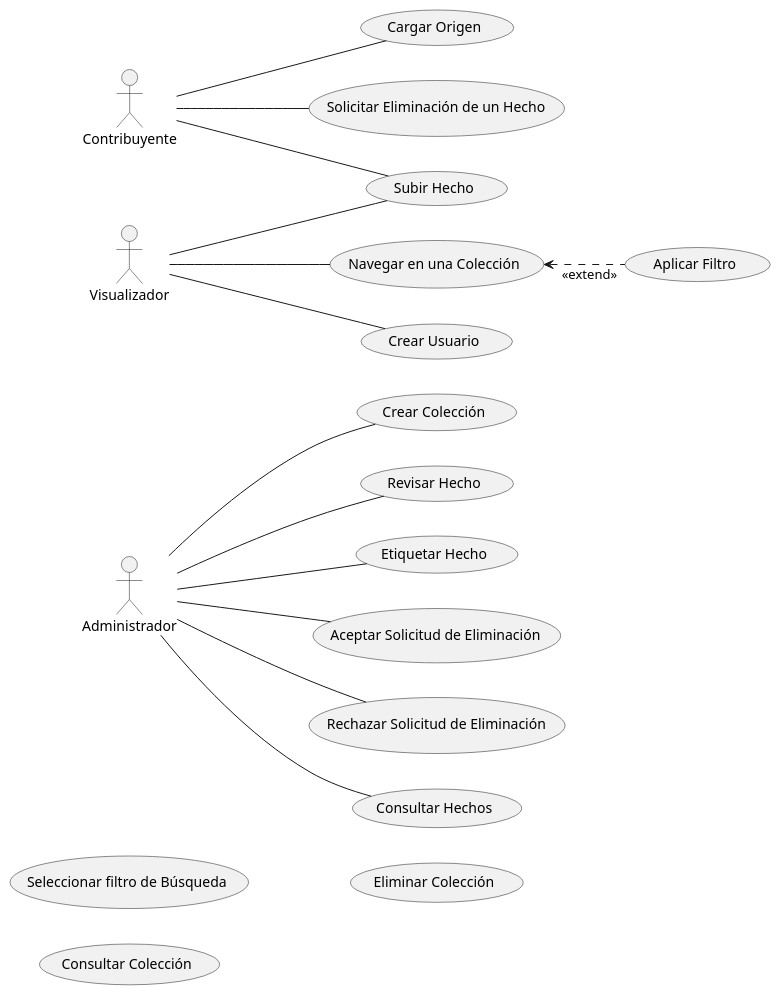
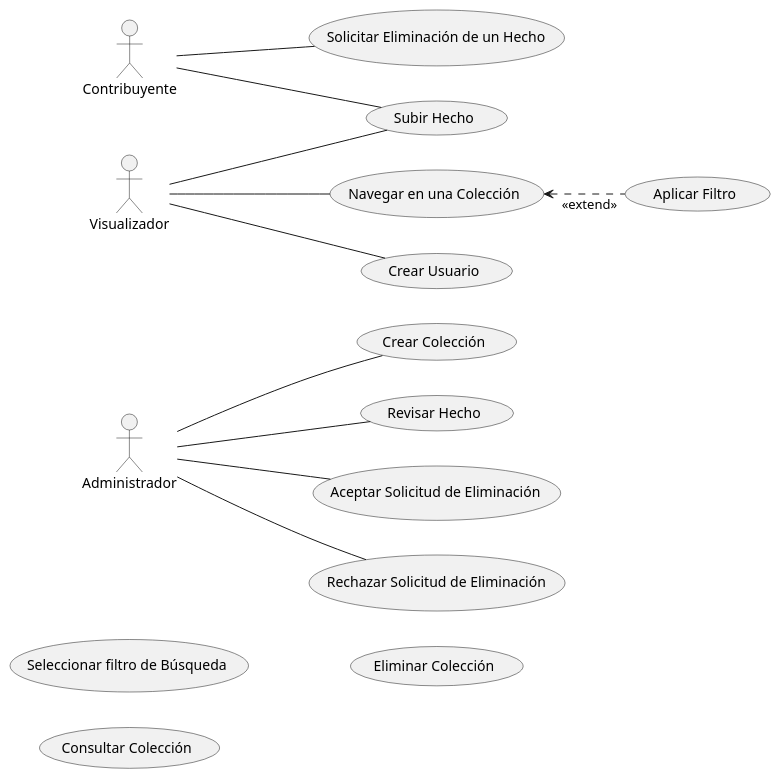
The diagram in entregables/entrega-1/CasosDeUso.puml (valenap-utn/metamapa-utn-2025), drawn with PlantUML before and after one commit. The commit also changed 15 other files, not shown here.

```diff
--- a/entregables/entrega-1/CasosDeUso.puml
+++ b/entregables/entrega-1/CasosDeUso.puml
@@ -1,62 +1,62 @@
 @startuml
 'https://plantuml.com/use-case-diagram
 
 Administrador as Admin
 Contribuyente as Contrib
 Visualizador as Visual
 
 left to right direction
 :Admin: -- (Crear Colección)
 :Admin: -- (Revisar Hecho)
-:Admin: -- (Etiquetar Hecho)
+':Admin: -- (Etiquetar Hecho)
 :Admin: -- (Aceptar Solicitud de Eliminación)
 :Admin: -- (Rechazar Solicitud de Eliminación)
-:Admin: -- (Consultar Hechos)
+':Admin: -- (Consultar Hechos)
 
 
 'Constribuyentes pueden ser personas:
 ' anónimas (visualizador) o identificadas (contribuyente)
 
 'Podriamos => consider tanto a
 'CONTRIBUYENTE como VISUALIZADOR ,
 ' como ROLES de una clase PERSONA ???
 
 
 :Contrib: -- (Subir Hecho)
-:Contrib: -- (Cargar Origen)
+':Contrib: -- (Cargar Origen)
 :Contrib: -- (Solicitar Eliminación de un Hecho)
 
 
 :Visual: -- (Navegar en una Colección)
 ':Visual: -- (Utilizar Información)
 :Visual: -- (Subir Hecho)
 :Visual: -- (Crear Usuario)
 
 
 (Navegar en una Colección) <.. "<<extend>>" (Aplicar Filtro)
 
 
 
 (Seleccionar filtro de Búsqueda)
 
 (Consultar Colección)
 
 
 'Solo alguien específico puede
 (Eliminar Colección)
 
 
 'Requerimientos de dominio
  '1. Como persona administradora, deseo crear una colección.
 
  '2. Como persona administradora, deseo poder importar hechos desde un archivo CSV.
 
  '3. Como persona visualizadora, deseo navegar todos los hechos disponibles de una colección.
 
  '4. Como persona visualizadora, deseo navegar los hechos disponibles de una colección, aplicando filtros.
 
  '5. Como persona contribuyente, deseo poder solicitar la eliminación de un hecho.
 
  '6. Como persona administradora, deseo poder aceptar o rechazar la solicitud de eliminación de un hecho.
 
 @enduml
```
